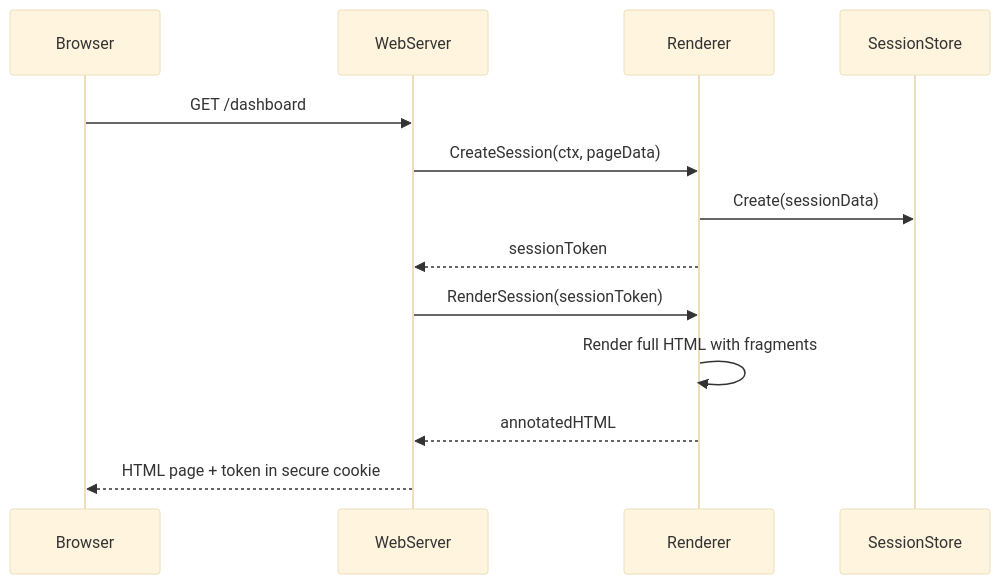
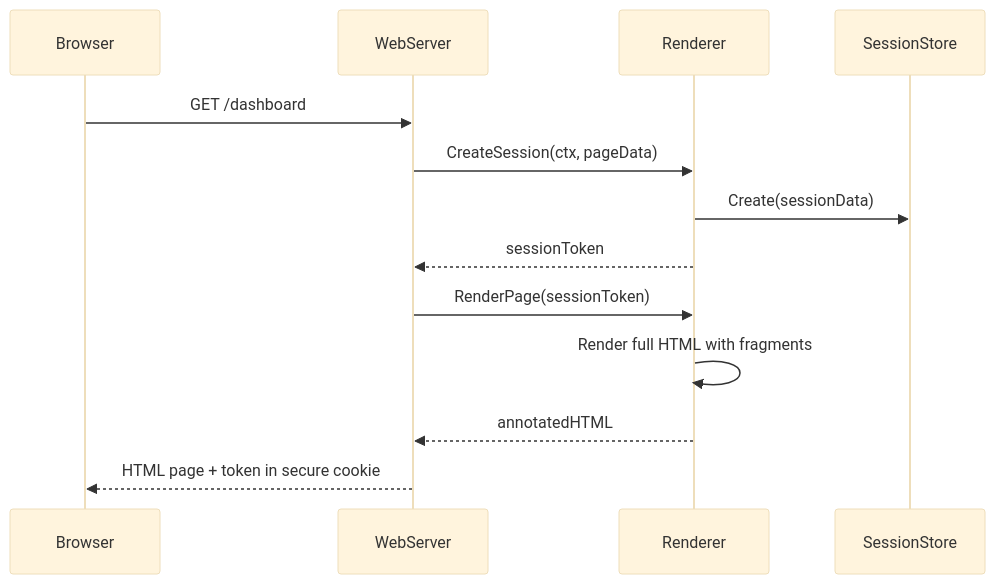
The first of 3 diagrams in docs/SESSION_DESIGN.md (livetemplate/livetemplate), drawn with Mermaid (base theme) before and after one commit. The commit also changed other lines of this file, not shown here.

````diff
--- a/docs/SESSION_DESIGN.md
+++ b/docs/SESSION_DESIGN.md
@@ -191,16 +188,16 @@
 ```mermaid
 sequenceDiagram
     participant Browser
     participant WebServer
     participant Renderer
     participant SessionStore
 
     Browser->>WebServer: GET /dashboard
     WebServer->>Renderer: CreateSession(ctx, pageData)
     Renderer->>SessionStore: Create(sessionData)
     Renderer-->>WebServer: sessionToken
-    WebServer->>Renderer: RenderSession(sessionToken)
+    WebServer->>Renderer: RenderPage(sessionToken)
     Renderer->>Renderer: Render full HTML with fragments
     Renderer-->>WebServer: annotatedHTML
     WebServer-->>Browser: HTML page + token in secure cookie
 ```
````
